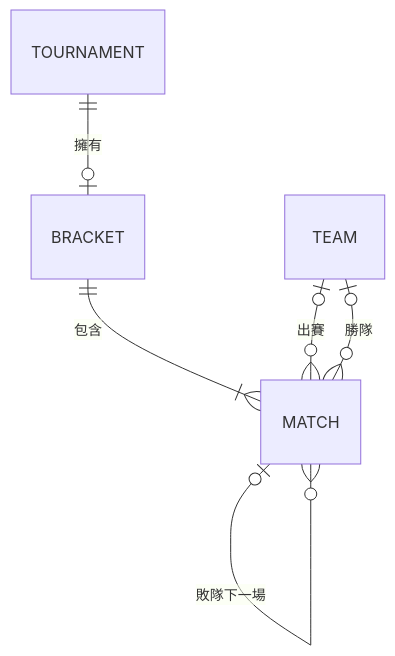
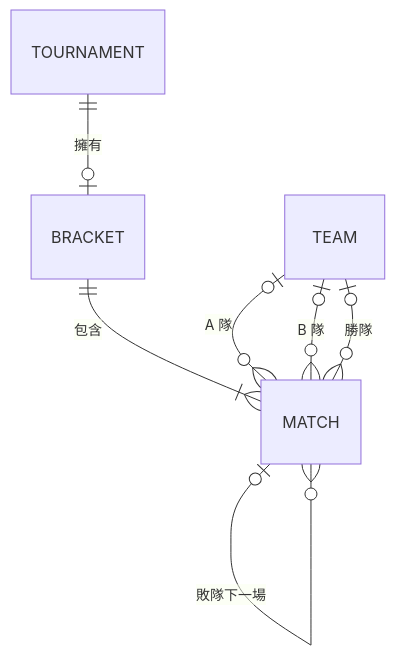
The eighth of 19 diagrams in docs/midterm/B-軟體需求分析文件.md (Team14good/esport-platform), drawn with Mermaid before and after one commit. The commit also changed other lines of this file and 11 other files, not shown here.

````diff
--- a/docs/midterm/B-軟體需求分析文件.md
+++ b/docs/midterm/B-軟體需求分析文件.md
@@ -728,9 +729,10 @@
 ```mermaid
 erDiagram
   TOURNAMENT ||--o| BRACKET : "擁有"
   BRACKET ||--|{ MATCH : "包含"
-  TEAM |o--o{ MATCH : "出賽"
+  TEAM |o--o{ MATCH : "A 隊"
+  TEAM |o--o{ MATCH : "B 隊"
   TEAM |o--o{ MATCH : "勝隊"
   MATCH |o--o{ MATCH : "下一場"
   MATCH |o--o{ MATCH : "敗隊下一場"
 ```
````
